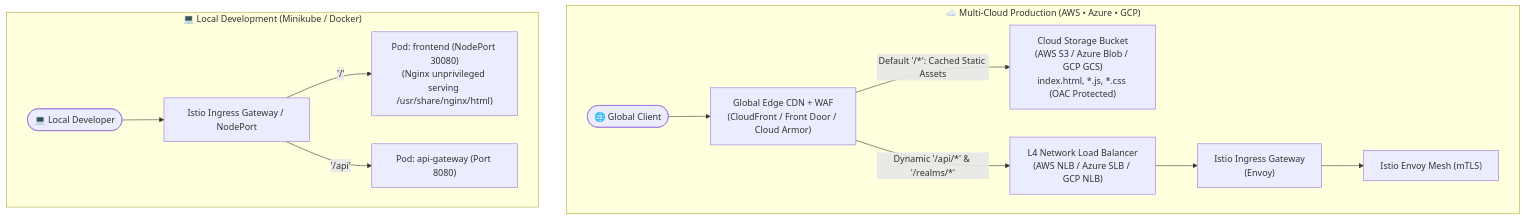
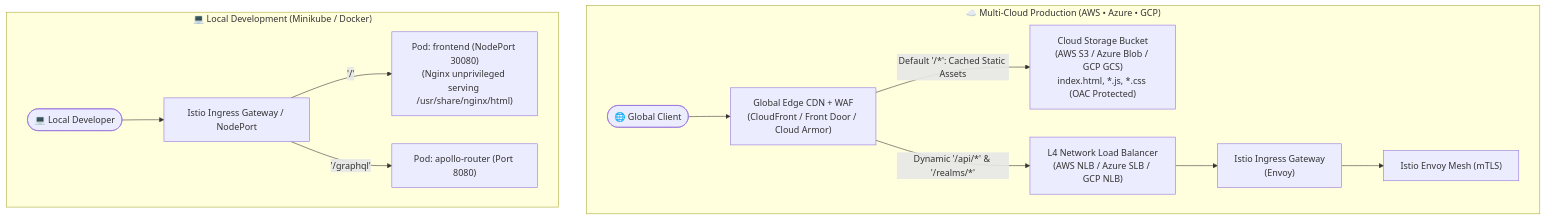
One commit to GeorgeGxx/microservices-architecture changed the second of 6 diagrams in docs/ARCHITECTURE.md. Above: the diagram before and after it, drawn with Mermaid. The commit also changed other lines of this file and 9 other files, not shown here.

First line of the commit message:
docs: update enterprise architecture diagrams and multi-cloud documentation

````diff
--- a/docs/ARCHITECTURE.md
+++ b/docs/ARCHITECTURE.md
@@ -197,16 +196,16 @@
 ```mermaid
 flowchart TD
     subgraph CloudModel["☁️ Multi-Cloud Production (AWS • Azure • GCP)"]
         BrowserCloud([🌐 Global Client]) --> CloudCDN["Global Edge CDN + WAF<br/>(CloudFront / Front Door / Cloud Armor)"]
         CloudCDN -->|Default '/*': Cached Static Assets| BucketStorage["Cloud Storage Bucket<br/>(AWS S3 / Azure Blob / GCP GCS)<br/>index.html, *.js, *.css (OAC Protected)"]
         CloudCDN -->|Dynamic '/api/*' & '/realms/*'| CloudNLB["L4 Network Load Balancer<br/>(AWS NLB / Azure SLB / GCP NLB)"]
         CloudNLB --> CloudIngress["Istio Ingress Gateway<br/>(Envoy)"]
         CloudIngress --> CloudMesh["Istio Envoy Mesh (mTLS)"]
     end
 
     subgraph LocalModel["💻 Local Development (Minikube / Docker)"]
         BrowserLocal([💻 Local Developer]) --> LocalIngress["Istio Ingress Gateway / NodePort"]
         LocalIngress -->|'/'| LocalFE["Pod: frontend (NodePort 30080)<br/>(Nginx unprivileged serving /usr/share/nginx/html)"]
-        LocalIngress -->|'/api'| LocalGW["Pod: api-gateway (Port 8080)"]
+        LocalIngress -->|'/graphql'| LocalGW["Pod: apollo-router (Port 8080)"]
     end
 ```
````
